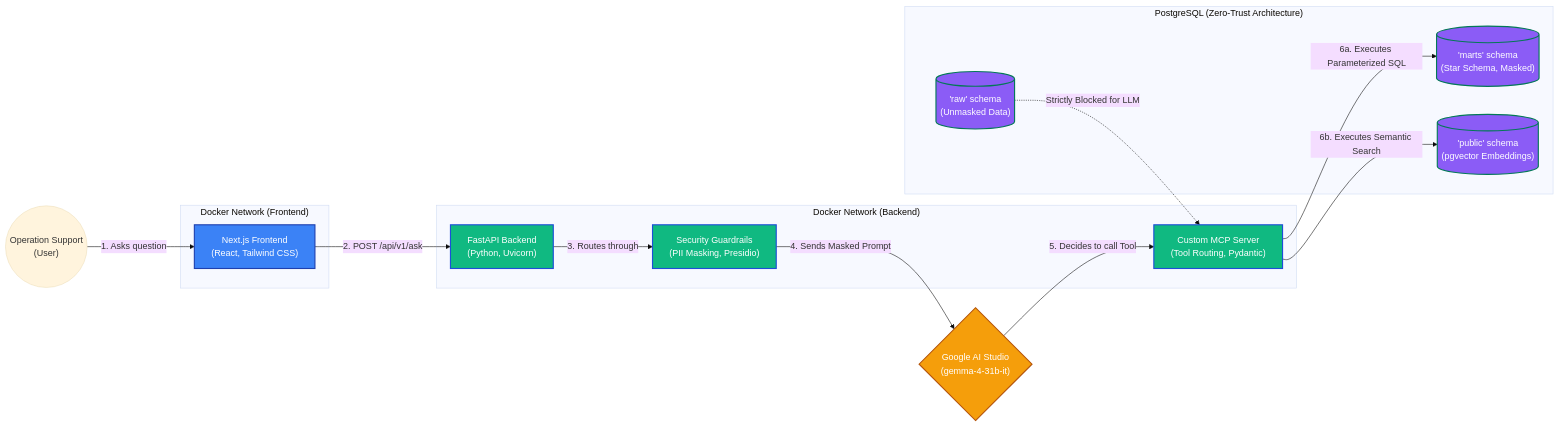
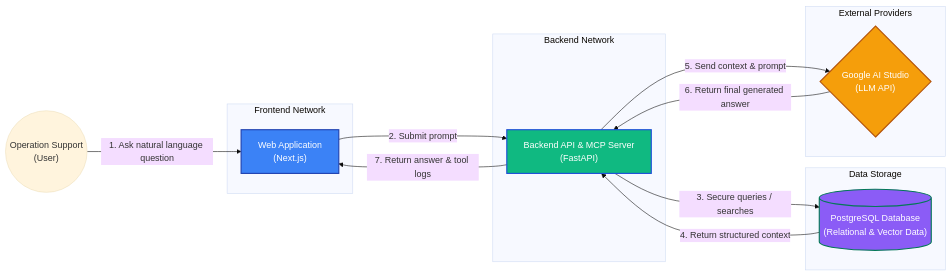
The first of 3 diagrams in docs/interview_prep/ARCHITECTURE_DIAGRAMS.md (JinnawatJid/dBank), drawn with Mermaid (base theme) before and after one commit.

Commit message:
docs: fix minor phrasing issues in presentation guide
- Addressed final user feedback on the Introduction section of `PRESENTATION_GUIDE.md` by completely stripping out the explicit "Greeting" bullet point and the meta-instructional "Objective" block.

````diff
--- a/docs/interview_prep/ARCHITECTURE_DIAGRAMS.md
+++ b/docs/interview_prep/ARCHITECTURE_DIAGRAMS.md
@@ -10,42 +10,37 @@
 ```mermaid
 graph LR
     %% Define Styles
     classDef frontend fill:#3b82f6,stroke:#1e40af,color:white,stroke-width:2px;
     classDef backend fill:#10b981,stroke:#1d4ed8,color:white,stroke-width:2px;
     classDef db fill:#8b5cf6,stroke:#047857,color:white,stroke-width:2px;
     classDef ai fill:#f59e0b,stroke:#b45309,color:white,stroke-width:2px;
     classDef external fill:#6b7280,stroke:#374151,color:white,stroke-width:2px;
 
     %% Nodes
     User(("Operation Support\n(User)"))
 
-    subgraph "Docker Network (Frontend)"
-        UI["Next.js Frontend\n(React, Tailwind CSS)"]:::frontend
+    subgraph "Frontend Network"
+        UI["Web Application\n(Next.js)"]:::frontend
     end
 
-    subgraph "Docker Network (Backend)"
-        API["FastAPI Backend\n(Python, Uvicorn)"]:::backend
-        MCP["Custom MCP Server\n(Tool Routing, Pydantic)"]:::backend
-        Masker["Security Guardrails\n(PII Masking, Presidio)"]:::backend
+    subgraph "Backend Network"
+        API["Backend API & MCP Server\n(FastAPI)"]:::backend
     end
 
-    subgraph "PostgreSQL (Zero-Trust Architecture)"
-        DB_RAW[("'raw' schema\n(Unmasked Data)")]:::db
-        DB_MART[("'marts' schema\n(Star Schema, Masked)")]:::db
-        DB_VEC[("'public' schema\n(pgvector Embeddings)")]:::db
+    subgraph "Data Storage"
+        DB[("PostgreSQL Database\n(Relational & Vector Data)")]:::db
     end
 
-    LLM{"Google AI Studio\n(gemma-4-31b-it)"}:::ai
+    subgraph "External Providers"
+        LLM{"Google AI Studio\n(LLM API)"}:::ai
+    end
 
     %% Relationships
-    User -- "1. Asks question" --> UI
-    UI -- "2. POST /api/v1/ask" --> API
-    API -- "3. Routes through" --> Masker
-    Masker -- "4. Sends Masked Prompt" --> LLM
-    LLM -- "5. Decides to call Tool" --> MCP
-    MCP -- "6a. Executes Parameterized SQL" --> DB_MART
-    MCP -- "6b. Executes Semantic Search" --> DB_VEC
-
-    %% Security constraints
-    DB_RAW -. "Strictly Blocked for LLM" .-> MCP
+    User -- "1. Ask natural language question" --> UI
+    UI -- "2. Submit prompt" --> API
+    API -- "3. Secure queries / searches" --> DB
+    DB -- "4. Return structured context" --> API
+    API -- "5. Send context & prompt" --> LLM
+    LLM -- "6. Return final generated answer" --> API
+    API -- "7. Return answer & tool logs" --> UI
 ```
````
